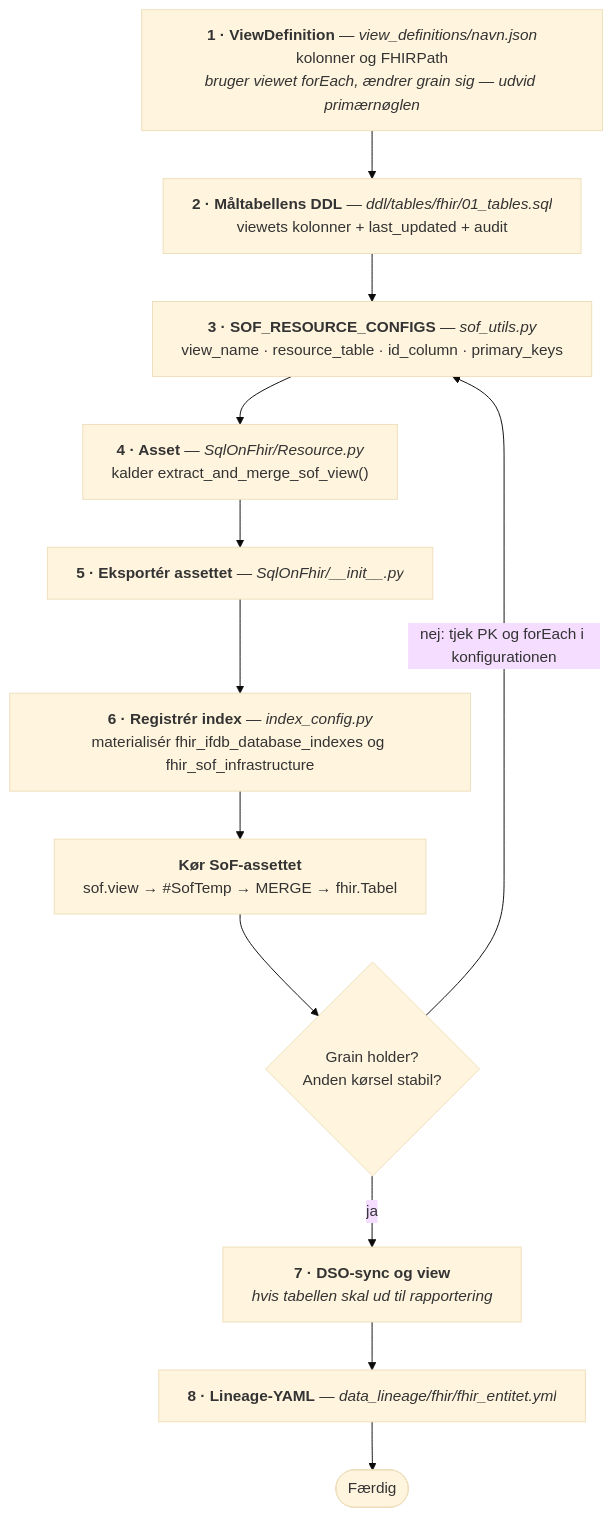
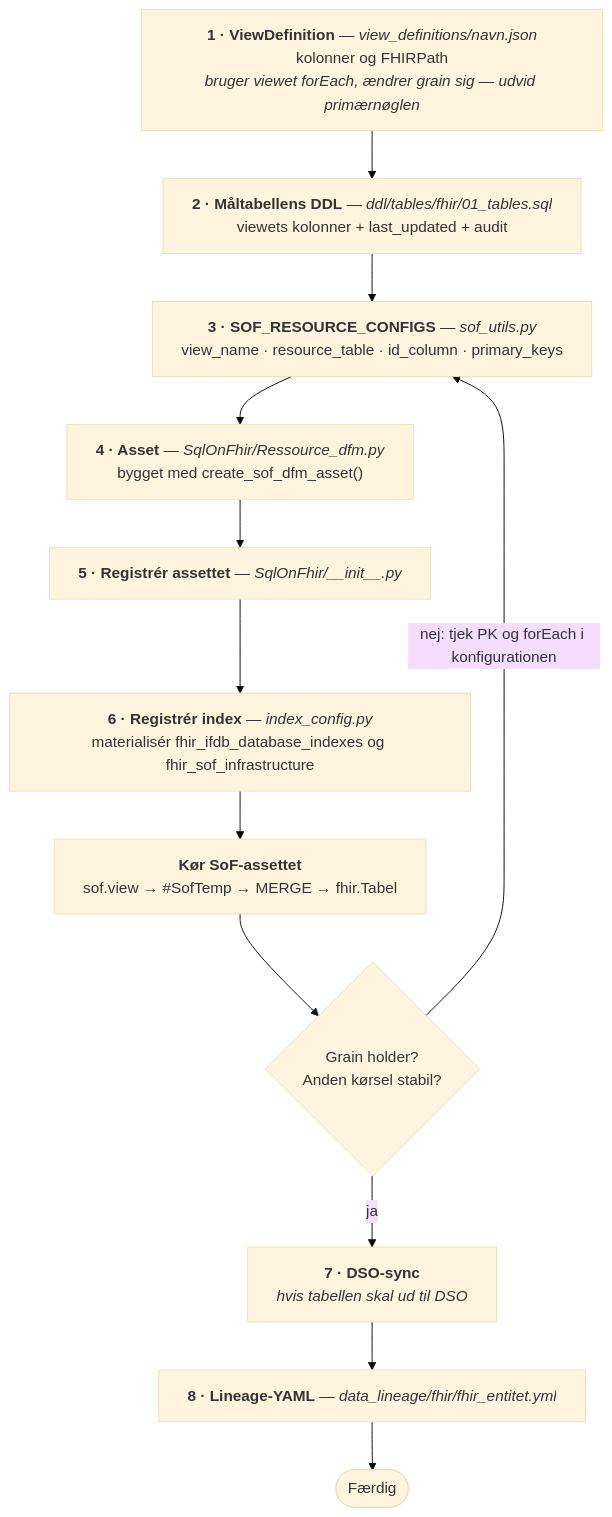
The diagram in etl/docs/basismodel/03a1_DSA_FHIR_til_SQLonFHIR.md (enversion-journl/healthpipe), drawn with Mermaid (base theme) before and after one commit. The commit also changed other lines of this file and 623 other files, not shown here.

````diff
--- a/etl/docs/basismodel/03a1_DSA_FHIR_til_SQLonFHIR.md
+++ b/etl/docs/basismodel/03a1_DSA_FHIR_til_SQLonFHIR.md
@@ -122,19 +123,19 @@
 ```mermaid
 %%{init: {"flowchart": {"wrappingWidth": 420}}}%%
 flowchart TD
     VD["<b>1 · ViewDefinition</b> — <i>view_definitions/navn.json</i><br/>kolonner og FHIRPath<br/><i>bruger viewet forEach, ændrer grain sig — udvid primærnøglen</i>"]
     DDL["<b>2 · Måltabellens DDL</b> — <i>ddl/tables/fhir/01_tables.sql</i><br/>viewets kolonner + last_updated + audit"]
     CFG["<b>3 · SOF_RESOURCE_CONFIGS</b> — <i>sof_utils.py</i><br/>view_name · resource_table · id_column · primary_keys"]
-    AST["<b>4 · Asset</b> — <i>SqlOnFhir/Resource.py</i><br/>kalder extract_and_merge_sof_view()"]
-    REG["<b>5 · Eksportér assettet</b> — <i>SqlOnFhir/__init__.py</i>"]
+    AST["<b>4 · Asset</b> — <i>SqlOnFhir/Ressource_dfm.py</i><br/>bygget med create_sof_dfm_asset()"]
+    REG["<b>5 · Registrér assettet</b> — <i>SqlOnFhir/__init__.py</i>"]
     IDX["<b>6 · Registrér index</b> — <i>index_config.py</i><br/>materialisér fhir_ifdb_database_indexes og fhir_sof_infrastructure"]
     RUN["<b>Kør SoF-assettet</b><br/>sof.view → #SofTemp → MERGE → fhir.Tabel"]
     VER{"Grain holder?<br/>Anden kørsel stabil?"}
-    OUT["<b>7 · DSO-sync og view</b><br/><i>hvis tabellen skal ud til rapportering</i>"]
+    OUT["<b>7 · DSO-sync</b><br/><i>hvis tabellen skal ud til DSO</i>"]
     LIN["<b>8 · Lineage-YAML</b> — <i>data_lineage/fhir/fhir_entitet.yml</i>"]
     OK(["Færdig"])
 
     VD --> DDL --> CFG --> AST --> REG --> IDX --> RUN --> VER
     VER -- "nej: tjek PK og forEach i konfigurationen" --> CFG
     VER -- ja --> OUT --> LIN --> OK
 ```
````
